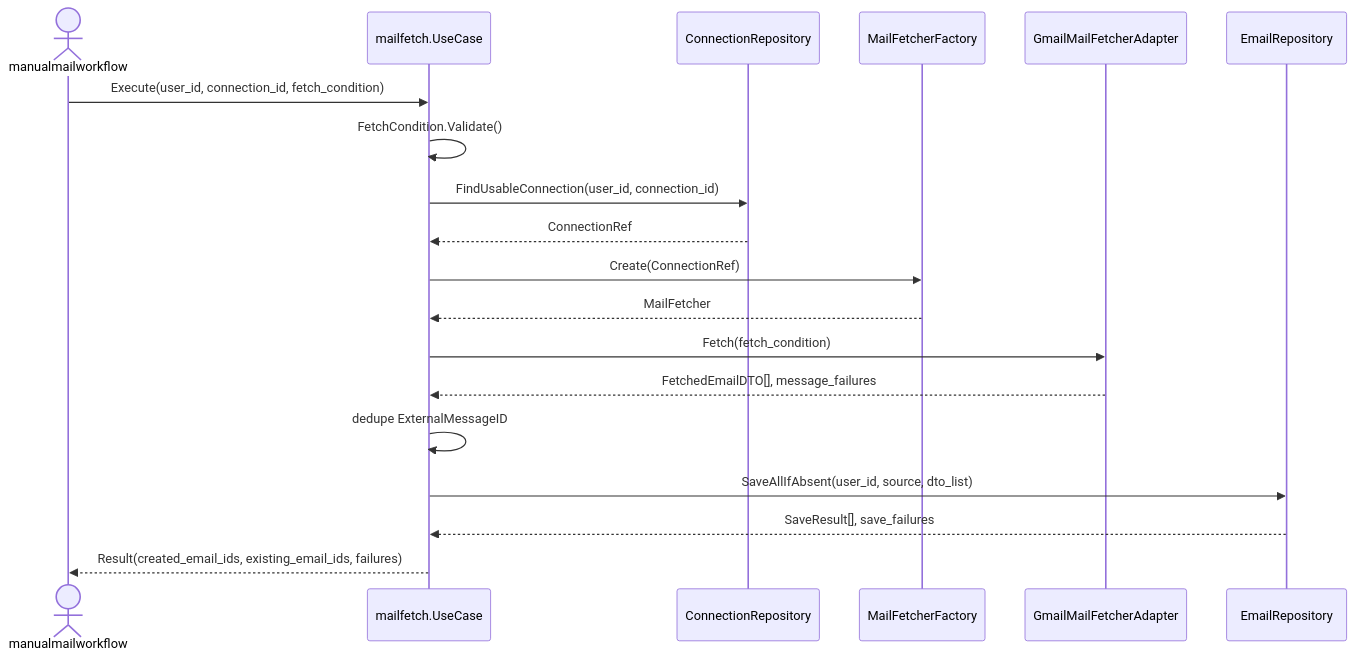
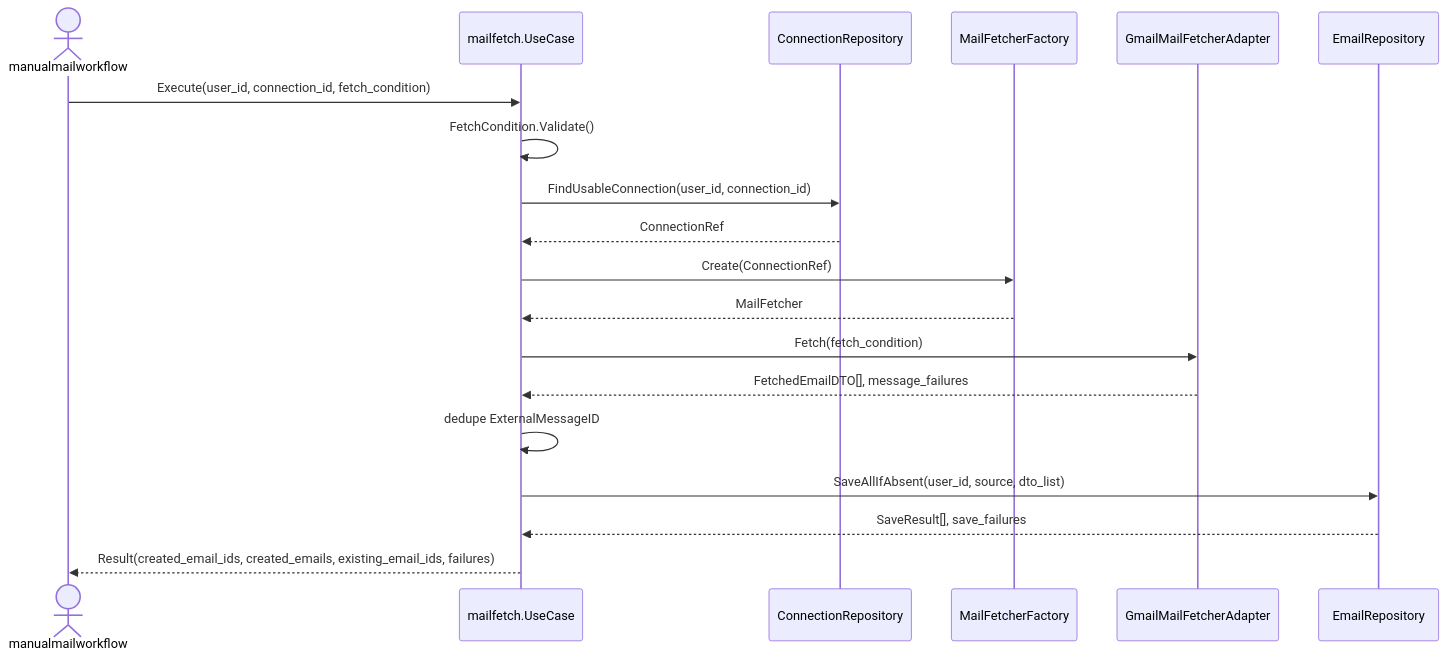
Before and after one commit to shrimptails-f/billingrse_backend: the diagram in docs/spec/mailfetch/design.md, drawn with Mermaid. The commit also changed other lines of this file and 3 other files, not shown here.

````diff
--- a/docs/spec/mailfetch/design.md
+++ b/docs/spec/mailfetch/design.md
@@ -182,24 +194,24 @@
 ```mermaid
 sequenceDiagram
   actor Workflow as manualmailworkflow
   participant UC as mailfetch.UseCase
   participant ConnRepo as ConnectionRepository
   participant Factory as MailFetcherFactory
   participant Fetcher as GmailMailFetcherAdapter
   participant EmailRepo as EmailRepository
 
   Workflow->>UC: Execute(user_id, connection_id, fetch_condition)
   UC->>UC: FetchCondition.Validate()
   UC->>ConnRepo: FindUsableConnection(user_id, connection_id)
   ConnRepo-->>UC: ConnectionRef
   UC->>Factory: Create(ConnectionRef)
   Factory-->>UC: MailFetcher
   UC->>Fetcher: Fetch(fetch_condition)
   Fetcher-->>UC: FetchedEmailDTO[], message_failures
 
   UC->>UC: dedupe ExternalMessageID
   UC->>EmailRepo: SaveAllIfAbsent(user_id, source, dto_list)
   EmailRepo-->>UC: SaveResult[], save_failures
 
-  UC-->>Workflow: Result(created_email_ids, existing_email_ids, failures)
+  UC-->>Workflow: Result(created_email_ids, created_emails, existing_email_ids, failures)
 ```
````
